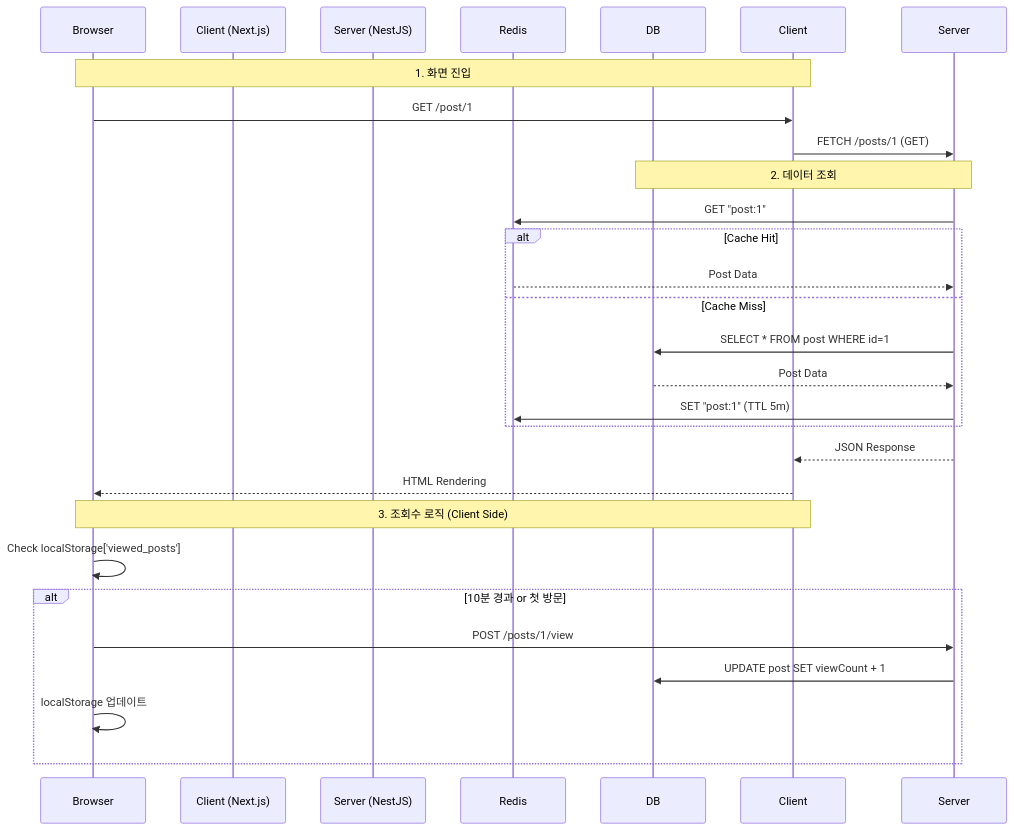
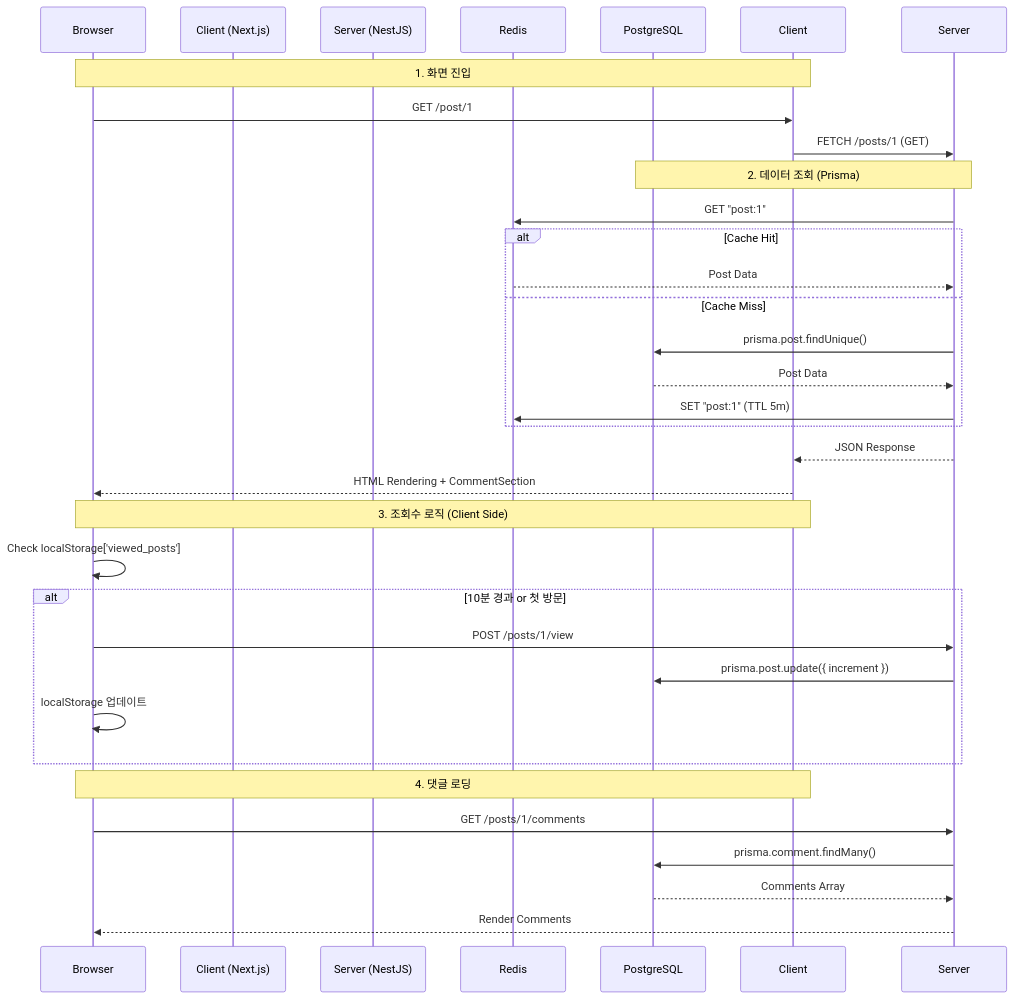
Before and after one commit to YunTaeeun/jungle-14: the first of 3 diagrams in mds/CODE_WIKI.md, drawn with Mermaid. The commit also changed other lines of this file and 35 other files, not shown here.

````diff
--- a/mds/CODE_WIKI.md
+++ b/mds/CODE_WIKI.md
@@ -142,32 +271,38 @@
 ```mermaid
 sequenceDiagram
     participant Browser
     participant Client (Next.js)
     participant Server (NestJS)
     participant Redis
-    participant DB
+    participant PostgreSQL
 
     Note over Browser,Client: 1. 화면 진입
     Browser->>Client: GET /post/1
     Client->>Server: FETCH /posts/1 (GET)
     
-    Note over Server,DB: 2. 데이터 조회
+    Note over Server,PostgreSQL: 2. 데이터 조회 (Prisma)
     Server->>Redis: GET "post:1"
     alt Cache Hit
         Redis-->>Server: Post Data
     else Cache Miss
-        Server->>DB: SELECT * FROM post WHERE id=1
-        DB-->>Server: Post Data
+        Server->>PostgreSQL: prisma.post.findUnique()
+        PostgreSQL-->>Server: Post Data
         Server->>Redis: SET "post:1" (TTL 5m)
     end
     Server-->>Client: JSON Response
-    Client-->>Browser: HTML Rendering
+    Client-->>Browser: HTML Rendering + CommentSection
 
     Note over Browser,Client: 3. 조회수 로직 (Client Side)
     Browser->>Browser: Check localStorage['viewed_posts']
     alt 10분 경과 or 첫 방문
         Browser->>Server: POST /posts/1/view
-        Server->>DB: UPDATE post SET viewCount + 1
+        Server->>PostgreSQL: prisma.post.update({ increment })
         Browser->>Browser: localStorage 업데이트
     end
+
+    Note over Browser,Client: 4. 댓글 로딩
+    Browser->>Server: GET /posts/1/comments
+    Server->>PostgreSQL: prisma.comment.findMany()
+    PostgreSQL-->>Server: Comments Array
+    Server-->>Browser: Render Comments
 ```
````
